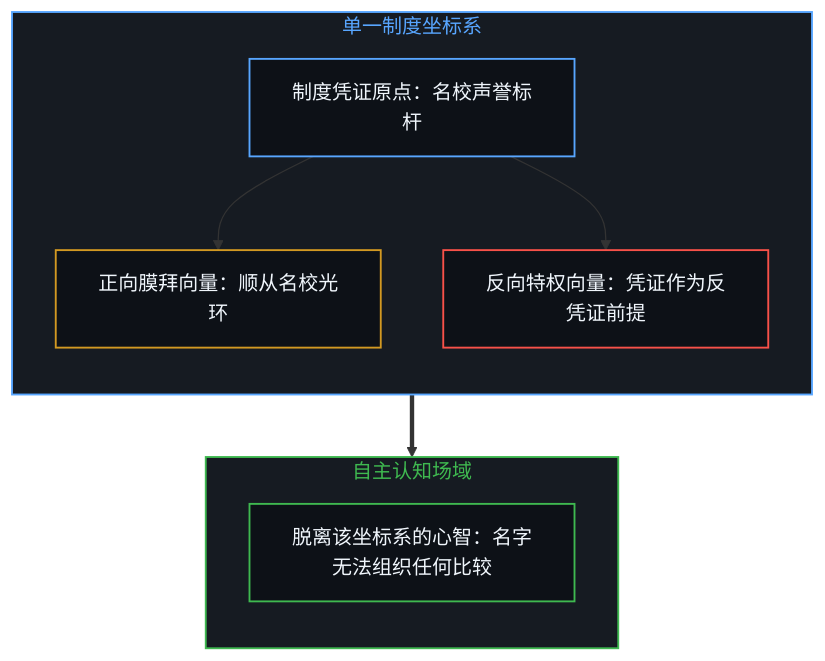
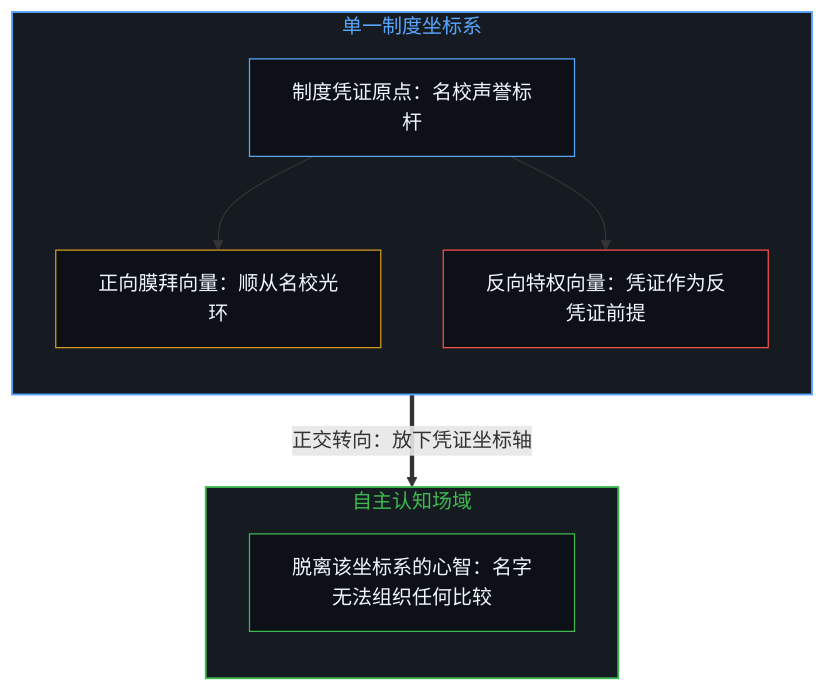
One commit to powerpig99/not-a-toe changed the first of 8 diagrams in content/posts/the-unexamined-critic.md. Above: the diagram before and after it, drawn with Mermaid. The commit also changed other lines of this file and 7 other files, not shown here.

````diff
--- a/content/posts/the-unexamined-critic.md
+++ b/content/posts/the-unexamined-critic.md
@@ -13,27 +13,22 @@
 ```mermaid
 flowchart TD
-    classDef default fill:#0d1117,stroke:#30363d,stroke-width:1px,color:#f0f6fc;
-    classDef mind fill:#0d1117,stroke:#3fb950,stroke-width:1.5px,color:#f0f6fc;
-    classDef warn fill:#0d1117,stroke:#d29922,stroke-width:1.5px,color:#f0f6fc;
-    classDef fail fill:#0d1117,stroke:#f85149,stroke-width:1.5px,color:#f0f6fc;
-    classDef model fill:#0d1117,stroke:#58a6ff,stroke-width:1.5px,color:#f0f6fc;
-
     subgraph S_Frame ["单一制度坐标系"]
         direction TB
-        Origin["制度凭证原点：名校声誉标杆"]:::model
-        PosVec["正向膜拜向量：顺从名校光环"]:::warn
-        NegVec["反向特权向量：凭证作为反凭证前提"]:::fail
+        Origin["制度凭证原点：名校声誉标杆"]
+        PosVec["正向膜拜向量：顺从名校光环"]
+        NegVec["反向特权向量：凭证作为反凭证前提"]
         Origin --> PosVec
         Origin --> NegVec
     end
-
     subgraph S_Autonomous ["自主认知场域"]
         direction TB
-        FreeMind["脱离该坐标系的心智：名字无法组织任何比较"]:::mind
+        FreeMind["脱离该坐标系的心智：名字无法组织任何比较"]
     end
-
-    S_Frame ==> S_Autonomous
-
+    S_Frame ==>|"正交转向：放下凭证坐标轴"| S_Autonomous
     style S_Frame fill:#161b22,stroke:#58a6ff,stroke-width:1.5px,color:#58a6ff
     style S_Autonomous fill:#161b22,stroke:#3fb950,stroke-width:1.5px,color:#3fb950
+    style Origin fill:#0d1117,stroke:#58a6ff,stroke-width:1px,color:#f0f6fc
+    style PosVec fill:#0d1117,stroke:#d29922,stroke-width:1px,color:#f0f6fc
+    style NegVec fill:#0d1117,stroke:#f85149,stroke-width:1px,color:#f0f6fc
+    style FreeMind fill:#0d1117,stroke:#3fb950,stroke-width:1px,color:#f0f6fc
 ```
````
